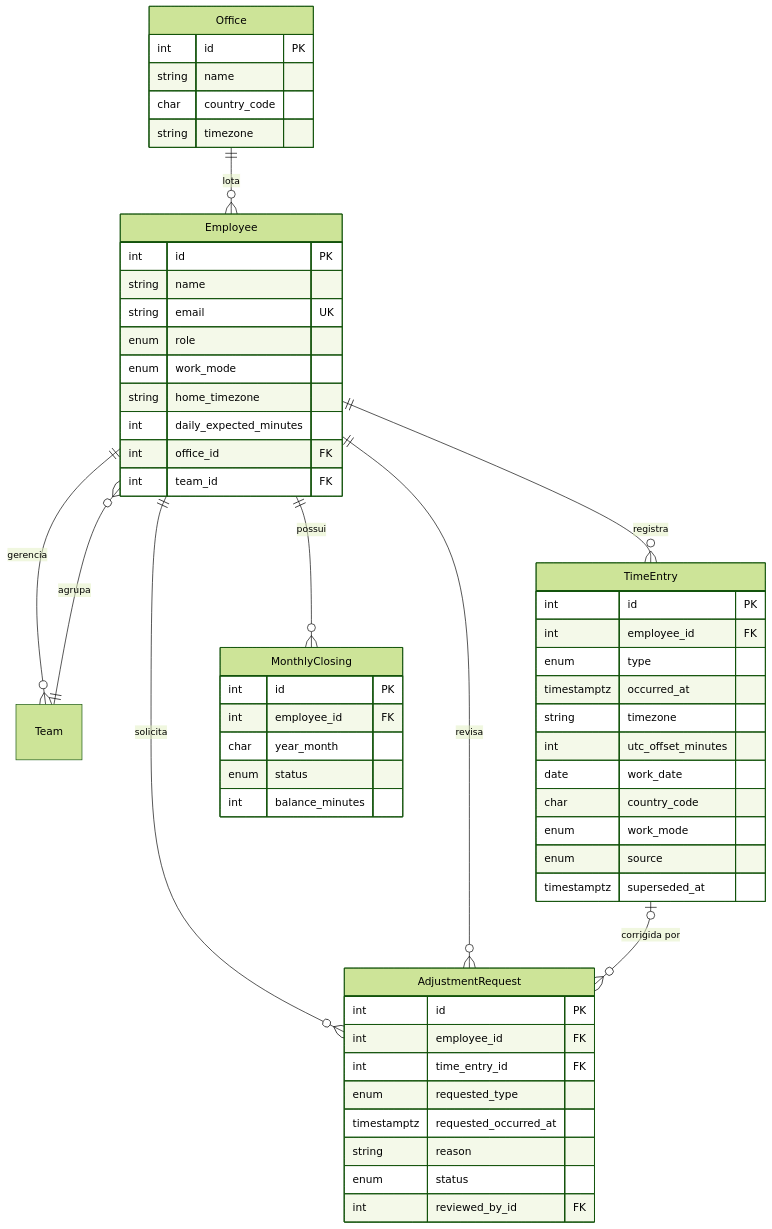
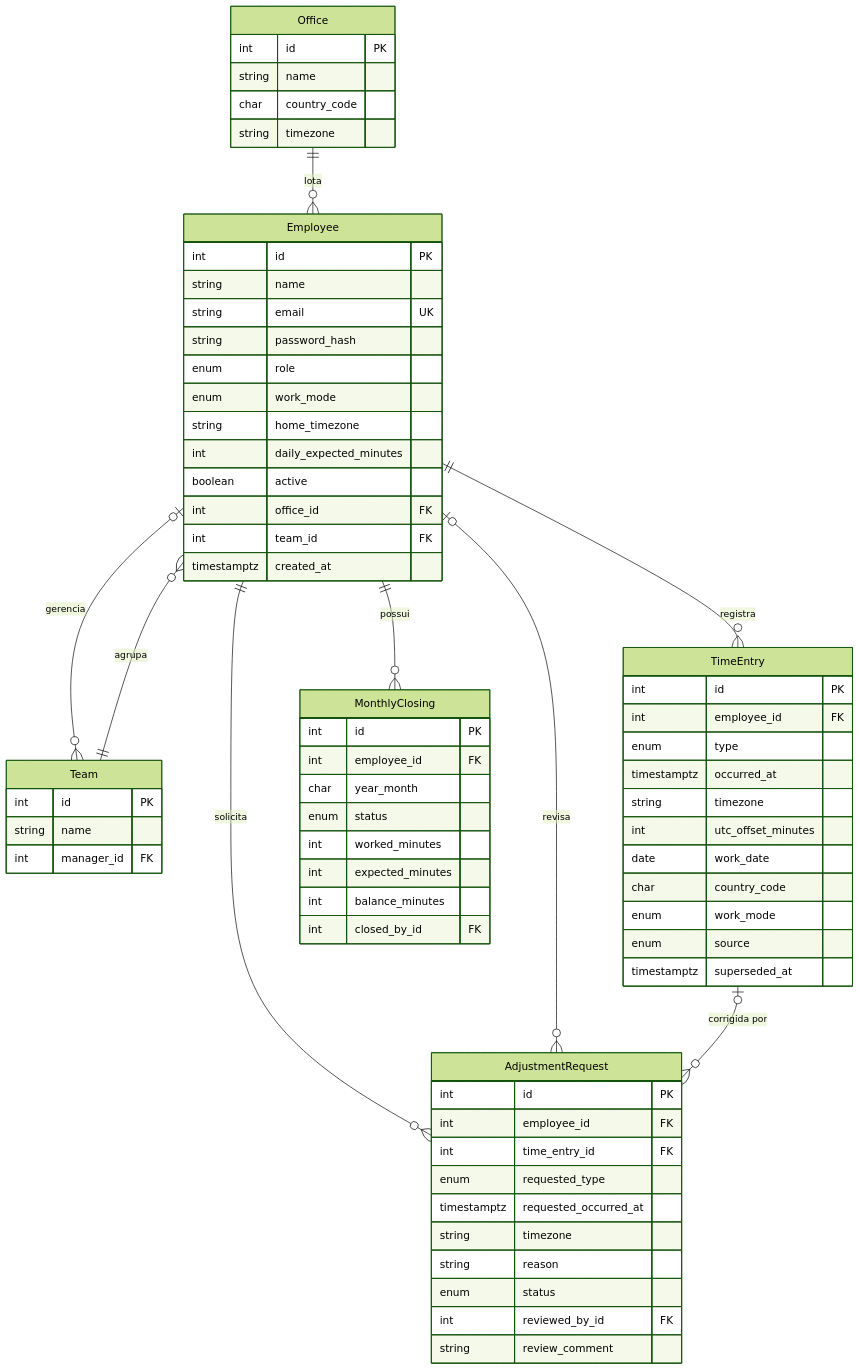
Before and after one commit to migdmo/app-jornada-de-trabalho: the diagram in README.md, drawn with Mermaid (forest theme). The commit also changed other lines of this file, not shown here.

````diff
--- a/README.md
+++ b/README.md
@@ -89,59 +132,72 @@
 ```mermaid
 erDiagram
     Office ||--o{ Employee : "lota"
     Team ||--o{ Employee : "agrupa"
-    Employee ||--o{ Team : "gerencia"
+    Employee |o--o{ Team : "gerencia"
     Employee ||--o{ TimeEntry : "registra"
     Employee ||--o{ AdjustmentRequest : "solicita"
-    Employee ||--o{ AdjustmentRequest : "revisa"
+    Employee |o--o{ AdjustmentRequest : "revisa"
     TimeEntry |o--o{ AdjustmentRequest : "corrigida por"
     Employee ||--o{ MonthlyClosing : "possui"
 
     Office {
         int id PK
         string name
         char country_code
         string timezone
     }
+    Team {
+        int id PK
+        string name
+        int manager_id FK
+    }
     Employee {
         int id PK
         string name
         string email UK
+        string password_hash
         enum role
         enum work_mode
         string home_timezone
         int daily_expected_minutes
+        boolean active
         int office_id FK
         int team_id FK
+        timestamptz created_at
     }
     TimeEntry {
         int id PK
         int employee_id FK
         enum type
         timestamptz occurred_at
         string timezone
         int utc_offset_minutes
         date work_date
         char country_code
         enum work_mode
         enum source
         timestamptz superseded_at
     }
     AdjustmentRequest {
         int id PK
         int employee_id FK
         int time_entry_id FK
         enum requested_type
         timestamptz requested_occurred_at
+        string timezone
         string reason
         enum status
         int reviewed_by_id FK
+        string review_comment
     }
     MonthlyClosing {
         int id PK
         int employee_id FK
         char year_month
         enum status
+        int worked_minutes
+        int expected_minutes
         int balance_minutes
+        int closed_by_id FK
     }
 ```
````
